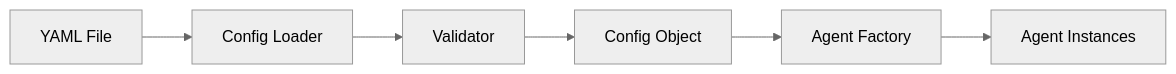
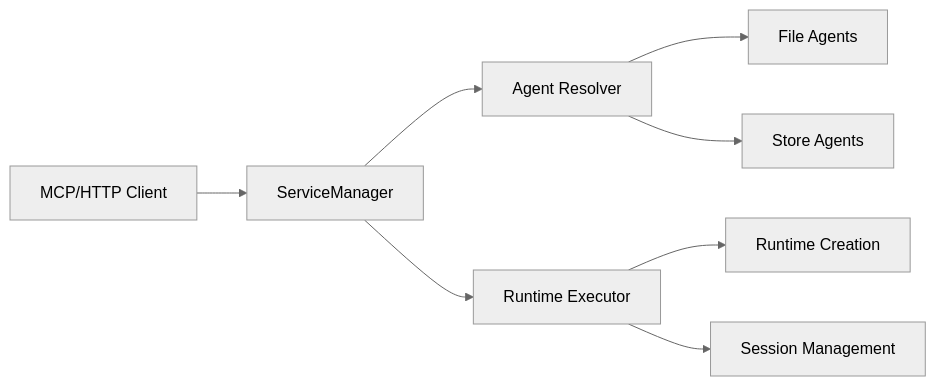
Before and after one commit to vvoland/cagent: the second of 12 diagrams in docs/architecture.md, drawn with Mermaid (neutral theme). The commit also changed other lines of this file, not shown here.

Commit message:
Update architecture docs

````diff
--- a/docs/architecture.md
+++ b/docs/architecture.md
@@ -130,8 +144,10 @@
 ```mermaid
 graph LR
-    YAML[YAML File] --> LOADER[Config Loader]
-    LOADER --> VALIDATOR[Validator]
-    VALIDATOR --> CONFIG[Config Object]
-    CONFIG --> AGENT_FACTORY[Agent Factory]
-    AGENT_FACTORY --> AGENTS[Agent Instances]
+    CLIENT[MCP/HTTP Client] --> MANAGER[ServiceManager]
+    MANAGER --> RESOLVER[Agent Resolver]
+    MANAGER --> EXECUTOR[Runtime Executor]
+    RESOLVER --> FILES[File Agents]
+    RESOLVER --> STORE[Store Agents]
+    EXECUTOR --> RUNTIME[Runtime Creation]
+    EXECUTOR --> SESSION[Session Management]
 ```
````
